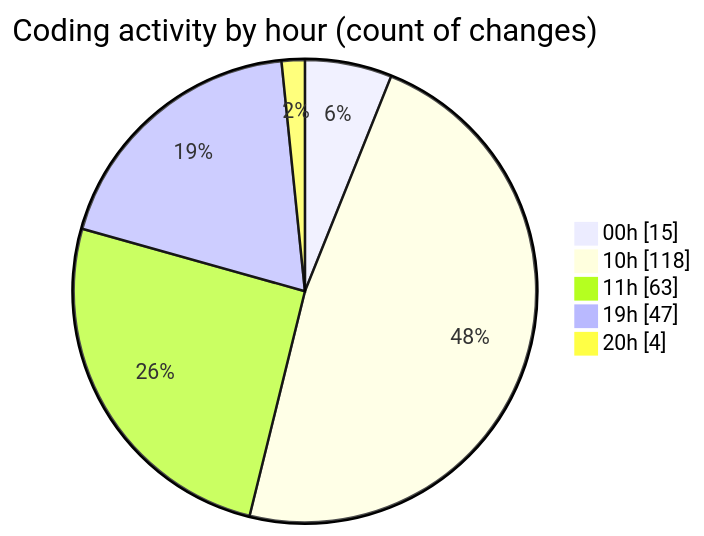
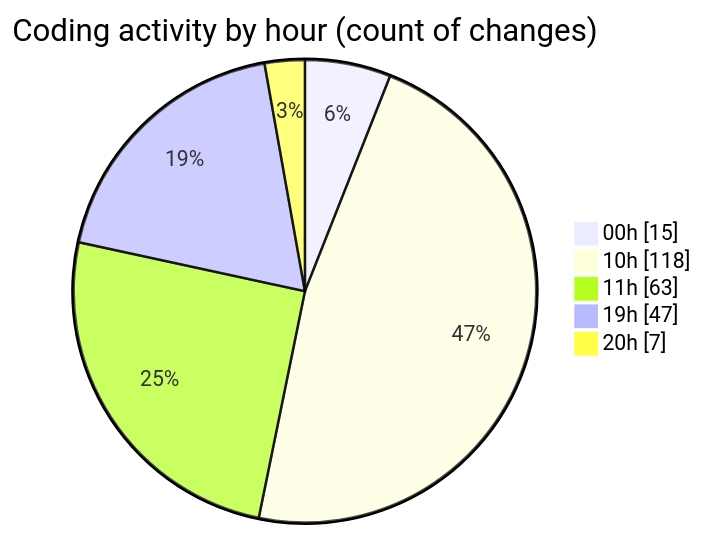
The second of 2 diagrams in 2026-01-11/dsa/README.md (Ritupan-Deka/code-tracking), drawn with Mermaid before and after one commit. The commit also changed other lines of this file and 1 other file, not shown here.

````diff
--- a/2026-01-11/dsa/README.md
+++ b/2026-01-11/dsa/README.md
@@ -29,9 +29,9 @@
 ```mermaid
 pie showData
 title Coding activity by hour (count of changes)
 "00h" : 15
 "10h" : 118
 "11h" : 63
 "19h" : 47
-"20h" : 4
+"20h" : 7
 ```
````
